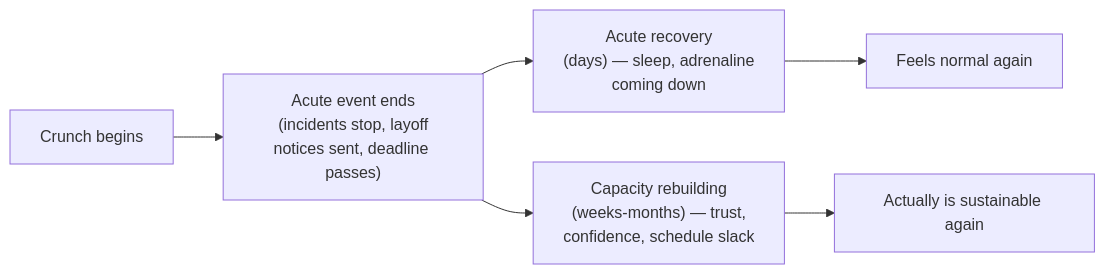
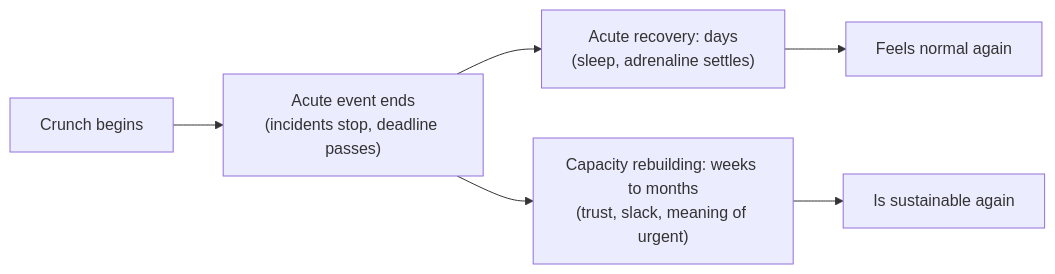
One commit to francoandreDev/knowledge changed the first of 2 diagrams in src/content/sustainable-performance/recovery-practices-crunch/L2-concept.mdx. Above: the diagram before and after it, drawn with Mermaid. The commit also changed other lines of this file and 24 other files, not shown here.

Commit message:
Migrate sustainable-performance batch 2 (attention-management, energy-management, boundary-setting, recovery-practices-crunch); rename people-management/1 to one-on-one

````diff
--- a/src/content/sustainable-performance/recovery-practices-crunch/L2-concept.mdx
+++ b/src/content/sustainable-performance/recovery-practices-crunch/L2-concept.mdx
@@ -27,8 +34,8 @@
 ```mermaid
 flowchart LR
-    A["Crunch begins"] --> B["Acute event ends\n(incidents stop, layoff\nnotices sent, deadline passes)"]
-    B --> C["Acute recovery\n(days) — sleep, adrenaline\ncoming down"]
-    B --> D["Capacity rebuilding\n(weeks-months) — trust,\nconfidence, schedule slack"]
+    A["Crunch begins"] --> B["Acute event ends\n(incidents stop, deadline passes)"]
+    B --> C["Acute recovery: days\n(sleep, adrenaline settles)"]
+    B --> D["Capacity rebuilding: weeks to months\n(trust, slack, meaning of urgent)"]
     C --> E["Feels normal again"]
-    D --> F["Actually is sustainable again"]
+    D --> F["Is sustainable again"]
 ```
````
